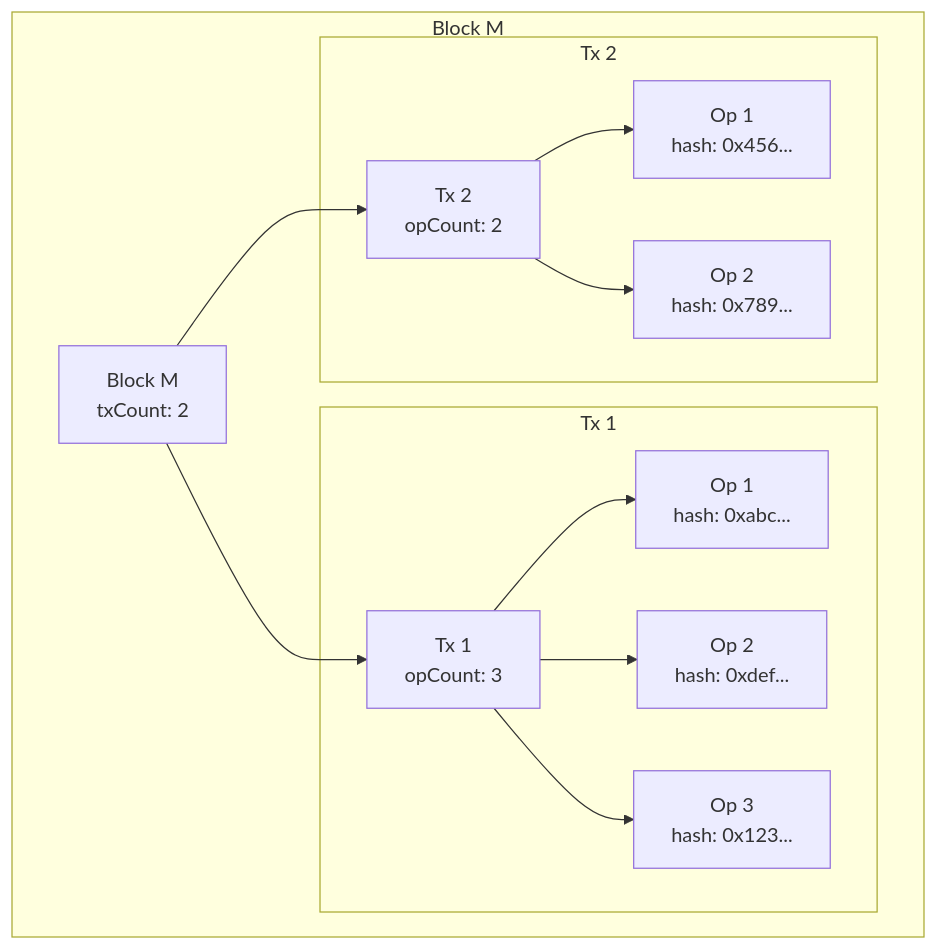
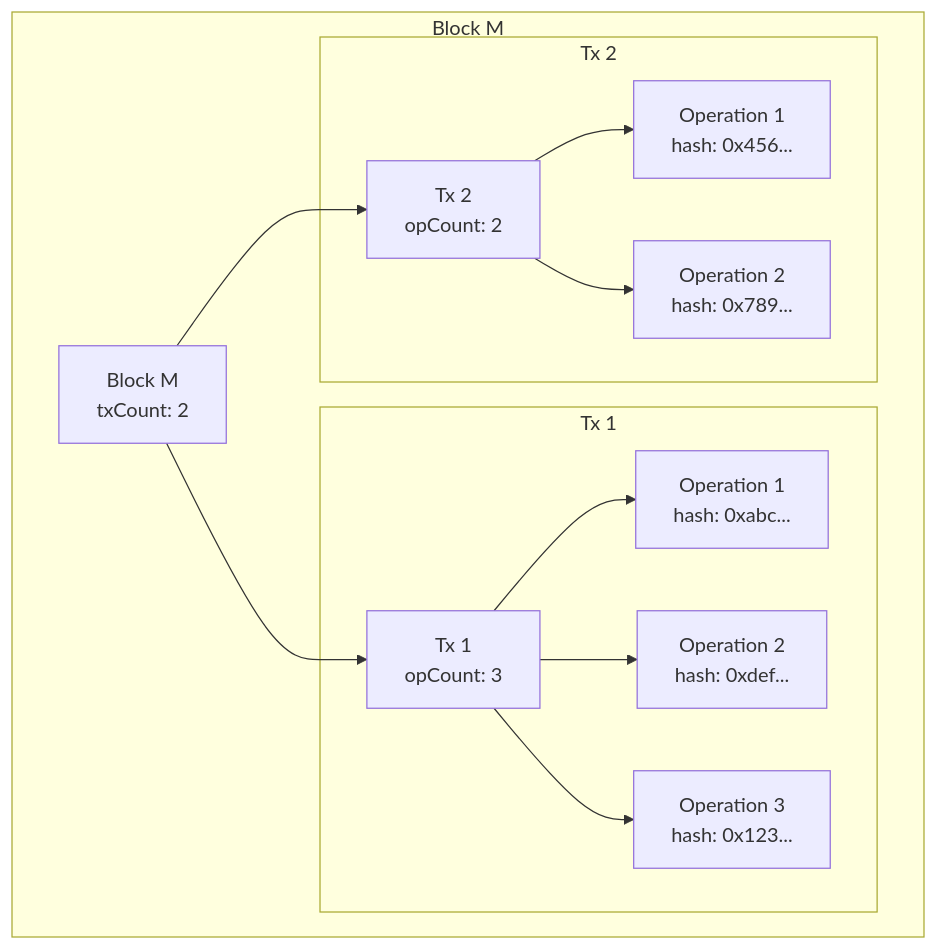
The first of 4 diagrams in docs/changeSetHashV3.md (Arkiv-Network/arkiv-contracts), drawn with Mermaid before and after one commit. The commit also changed other lines of this file and 19 other files, not shown here.

````diff
--- a/docs/changeSetHashV3.md
+++ b/docs/changeSetHashV3.md
@@ -27,24 +27,24 @@
 ```mermaid
 graph TD
     subgraph "Block M"
         BM["Block M<br/>txCount: 2"]
         subgraph "Tx 1"
             T1["Tx 1<br/>opCount: 3"]
-            O1["Op 1<br/>hash: 0xabc..."]
-            O2["Op 2<br/>hash: 0xdef..."]
-            O3["Op 3<br/>hash: 0x123..."]
+            O1["Operation 1<br/>hash: 0xabc..."]
+            O2["Operation 2<br/>hash: 0xdef..."]
+            O3["Operation 3<br/>hash: 0x123..."]
             T1 --> O1
             T1 --> O2
             T1 --> O3
         end
         subgraph "Tx 2"
             T2["Tx 2<br/>opCount: 2"]
-            O4["Op 1<br/>hash: 0x456..."]
-            O5["Op 2<br/>hash: 0x789..."]
+            O4["Operation 1<br/>hash: 0x456..."]
+            O5["Operation 2<br/>hash: 0x789..."]
             T2 --> O4
             T2 --> O5
         end
         BM --> T1
         BM --> T2
     end
 ```
````
